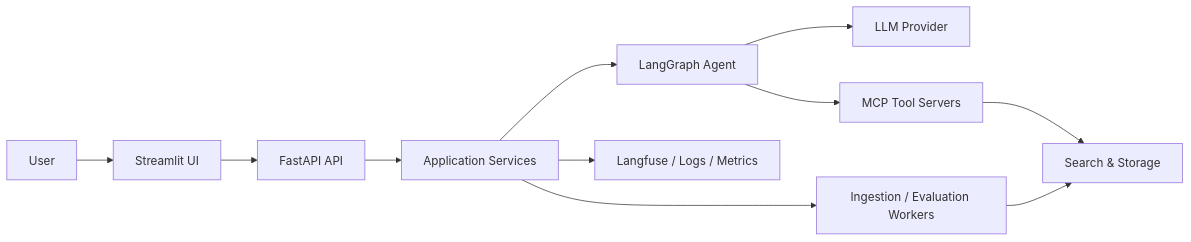
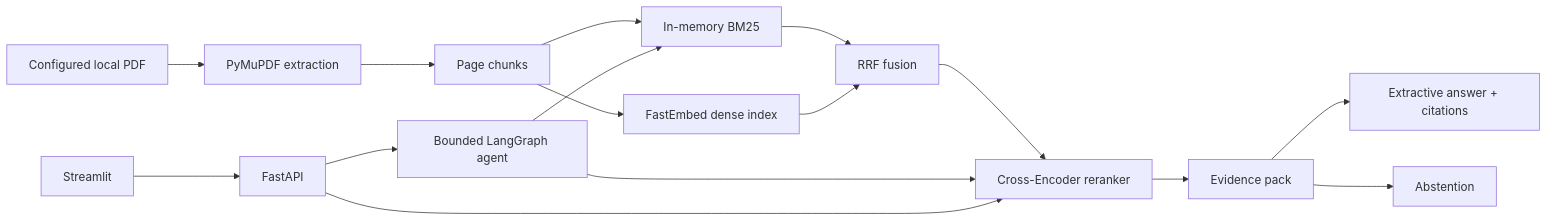
Before and after one commit to doyeon789/semiconductor-document-rag-ai-agent: the first of 2 diagrams in docs/architecture.md, drawn with Mermaid. The commit also changed other lines of this file and 25 other files, not shown here.

````diff
--- a/docs/architecture.md
+++ b/docs/architecture.md
@@ -13,13 +12,18 @@
 ```mermaid
 flowchart LR
-    USER["User"] --> UI["Streamlit UI"]
-    UI --> API["FastAPI API"]
-    API --> APP["Application Services"]
-    APP --> AGENT["LangGraph Agent"]
-    AGENT --> LLM["LLM Provider"]
-    AGENT --> MCP["MCP Tool Servers"]
-    APP --> JOB["Ingestion / Evaluation Workers"]
-    MCP --> DATA["Search & Storage"]
-    JOB --> DATA
-    APP --> OBS["Langfuse / Logs / Metrics"]
+    PDF["Configured local PDF"] --> PARSE["PyMuPDF extraction"]
+    PARSE --> CHUNK["Page chunks"]
+    CHUNK --> BM25["In-memory BM25"]
+    CHUNK --> DENSE["FastEmbed dense index"]
+    BM25 --> HYBRID["RRF fusion"]
+    DENSE --> HYBRID
+    HYBRID --> RERANK["Cross-Encoder reranker"]
+    RERANK --> EVIDENCE["Evidence pack"]
+    EVIDENCE --> ANSWER["Extractive answer + citations"]
+    EVIDENCE --> ABSTAIN["Abstention"]
+    AGENT["Bounded LangGraph agent"] --> BM25
+    AGENT --> RERANK
+    UI["Streamlit"] --> API["FastAPI"]
+    API --> AGENT
+    API --> RERANK
 ```
````
